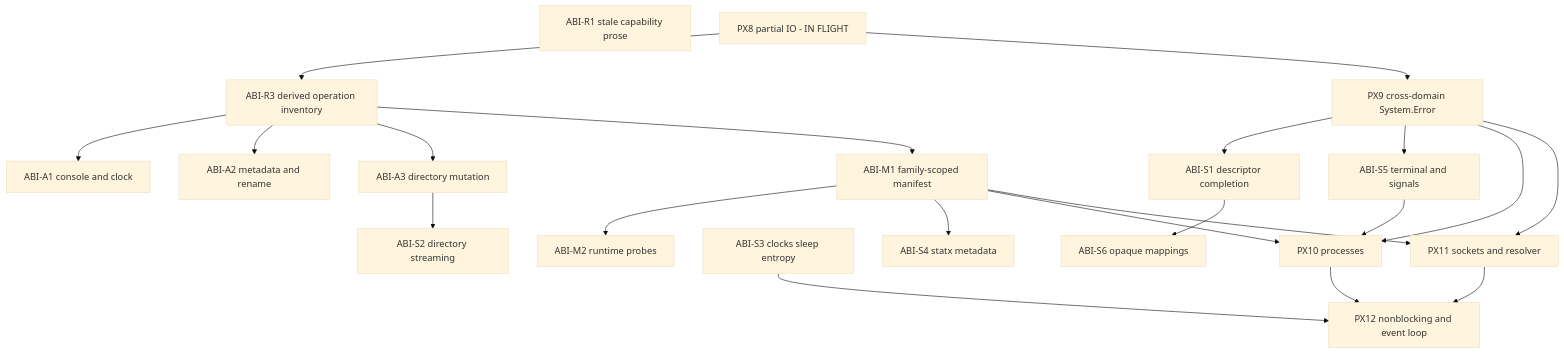
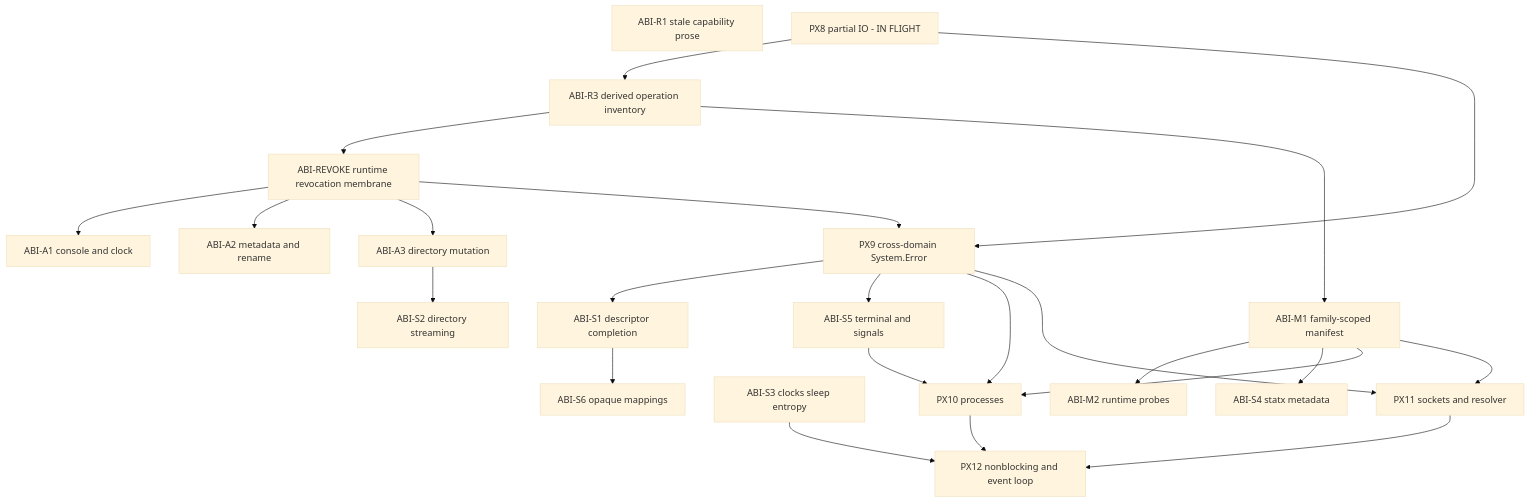
Before and after one commit to ken-topos/ken: the diagram in docs/program/10-linux-abi-completion.md, drawn with Mermaid (base theme). The commit also changed other lines of this file and 2 other files, not shown here.

First line of the commit message:
ABI-REVOKE: set owner runtime, bind ABI-R3 gate in prose; add to the 10- graph

````diff
--- a/docs/program/10-linux-abi-completion.md
+++ b/docs/program/10-linux-abi-completion.md
@@ -177,42 +177,45 @@
 ```mermaid
 flowchart TD
     ABI_R1[ABI-R1 stale capability prose]
     ABI_R3[ABI-R3 derived operation inventory]
     ABI_A1[ABI-A1 console and clock]
     ABI_A2[ABI-A2 metadata and rename]
     ABI_A3[ABI-A3 directory mutation]
     ABI_M1[ABI-M1 family-scoped manifest]
     ABI_M2[ABI-M2 runtime probes]
     PX8[PX8 partial IO - IN FLIGHT]
     PX9[PX9 cross-domain System.Error]
     ABI_S1[ABI-S1 descriptor completion]
     ABI_S2[ABI-S2 directory streaming]
     ABI_S3[ABI-S3 clocks sleep entropy]
     ABI_S4[ABI-S4 statx metadata]
     ABI_S5[ABI-S5 terminal and signals]
     ABI_S6[ABI-S6 opaque mappings]
     PX10[PX10 processes]
     PX11[PX11 sockets and resolver]
     PX12[PX12 nonblocking and event loop]
+    ABI_REVOKE[ABI-REVOKE runtime revocation membrane]
 
     PX8 --> ABI_R3
-    ABI_R3 --> ABI_A1
-    ABI_R3 --> ABI_A2
-    ABI_R3 --> ABI_A3
+    ABI_R3 --> ABI_REVOKE
+    ABI_REVOKE --> ABI_A1
+    ABI_REVOKE --> ABI_A2
+    ABI_REVOKE --> ABI_A3
+    ABI_REVOKE --> PX9
     ABI_R3 --> ABI_M1
     ABI_M1 --> ABI_M2
     PX8 --> PX9
     PX9 --> ABI_S1
     ABI_A3 --> ABI_S2
     PX9 --> ABI_S5
     ABI_M1 --> ABI_S4
     ABI_S1 --> ABI_S6
     PX9 --> PX10
     ABI_M1 --> PX10
     ABI_S5 --> PX10
     PX9 --> PX11
     ABI_M1 --> PX11
     PX10 --> PX12
     PX11 --> PX12
     ABI_S3 --> PX12
 ```
````
